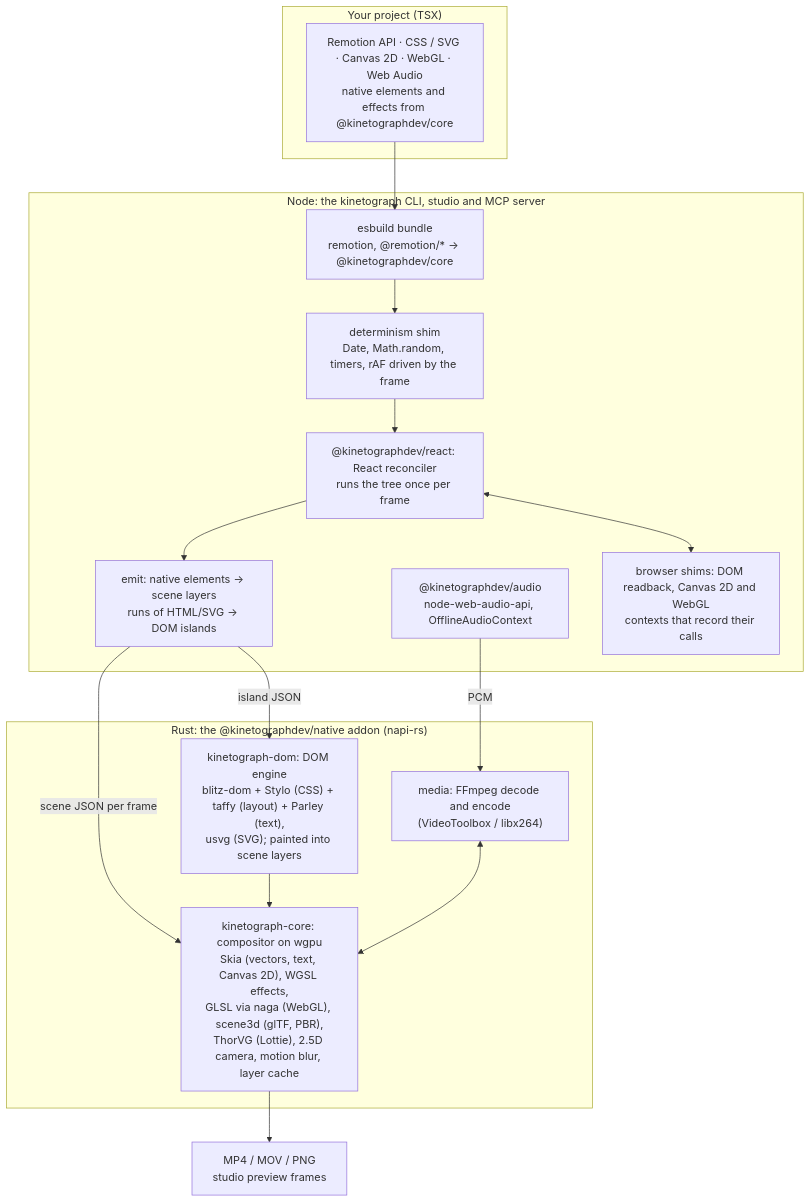
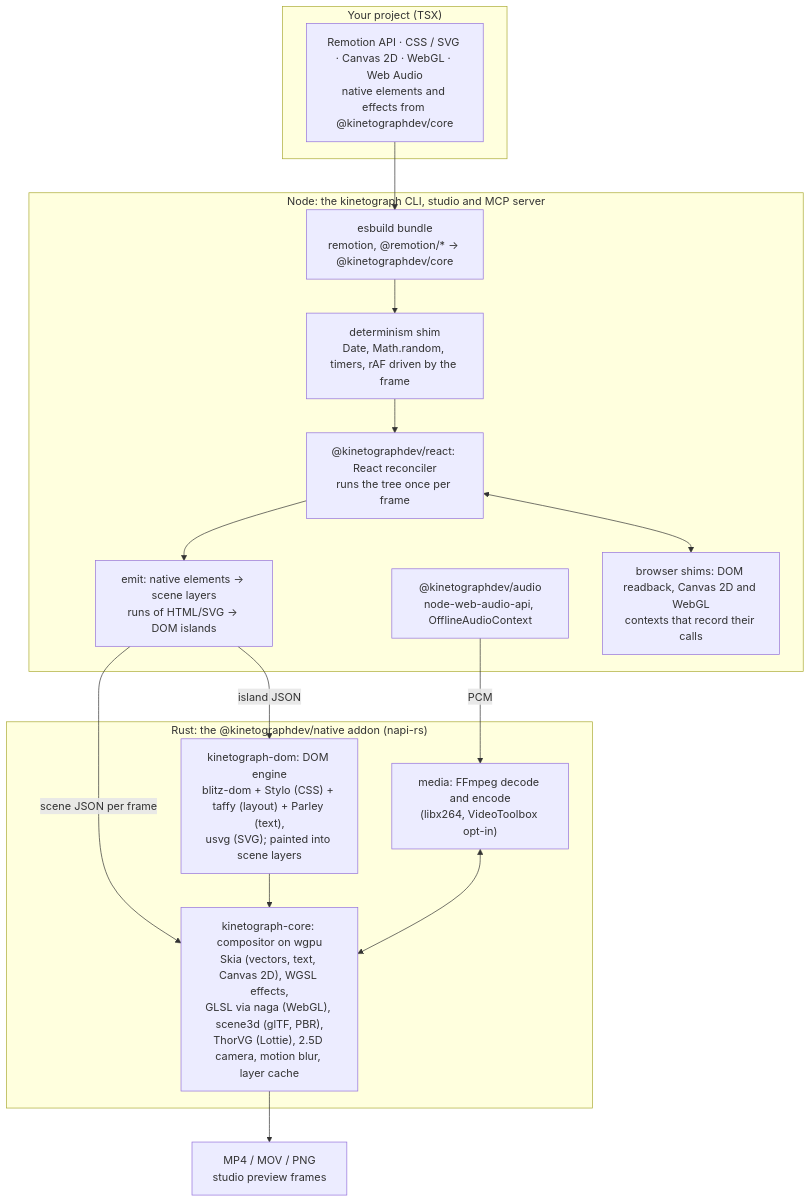
One commit to 0xS4N4TG/kinetograph changed the diagram in README.md. Above: the diagram before and after it, drawn with Mermaid. The commit also changed 12 other files, not shown here.

First line of the commit message:
fix(encode): libx264 by default, keyframes every 2 seconds

````diff
--- a/README.md
+++ b/README.md
@@ -122,31 +122,31 @@
 ```mermaid
 flowchart TB
   subgraph project["Your project (TSX)"]
     P["Remotion API · CSS / SVG · Canvas 2D · WebGL · Web Audio<br/>native elements and effects from @kinetographdev/core"]
   end
 
   subgraph node["Node: the kinetograph CLI, studio and MCP server"]
     B["esbuild bundle<br/>remotion, @remotion/* → @kinetographdev/core"]
     D["determinism shim<br/>Date, Math.random, timers, rAF driven by the frame"]
     R["@kinetographdev/react: React reconciler<br/>runs the tree once per frame"]
     S["browser shims: DOM readback, Canvas 2D and WebGL<br/>contexts that record their calls"]
     A["@kinetographdev/audio<br/>node-web-audio-api, OfflineAudioContext"]
     E["emit: native elements → scene layers<br/>runs of HTML/SVG → DOM islands"]
     B --> D --> R --> E
     R <--> S
   end
 
   subgraph rust["Rust: the @kinetographdev/native addon (napi-rs)"]
     DOM["kinetograph-dom: DOM engine<br/>blitz-dom + Stylo (CSS) + taffy (layout) + Parley (text),<br/>usvg (SVG); painted into scene layers"]
     C["kinetograph-core: compositor on wgpu<br/>Skia (vectors, text, Canvas 2D), WGSL effects,<br/>GLSL via naga (WebGL), scene3d (glTF, PBR),<br/>ThorVG (Lottie), 2.5D camera, motion blur, layer cache"]
-    M["media: FFmpeg decode and encode<br/>(VideoToolbox / libx264)"]
+    M["media: FFmpeg decode and encode<br/>(libx264, VideoToolbox opt-in)"]
     DOM --> C
     M <--> C
   end
 
   P --> B
   E -- "scene JSON per frame" --> C
   E -- "island JSON" --> DOM
   A -- "PCM" --> M
   C --> OUT["MP4 / MOV / PNG<br/>studio preview frames"]
 ```
````
